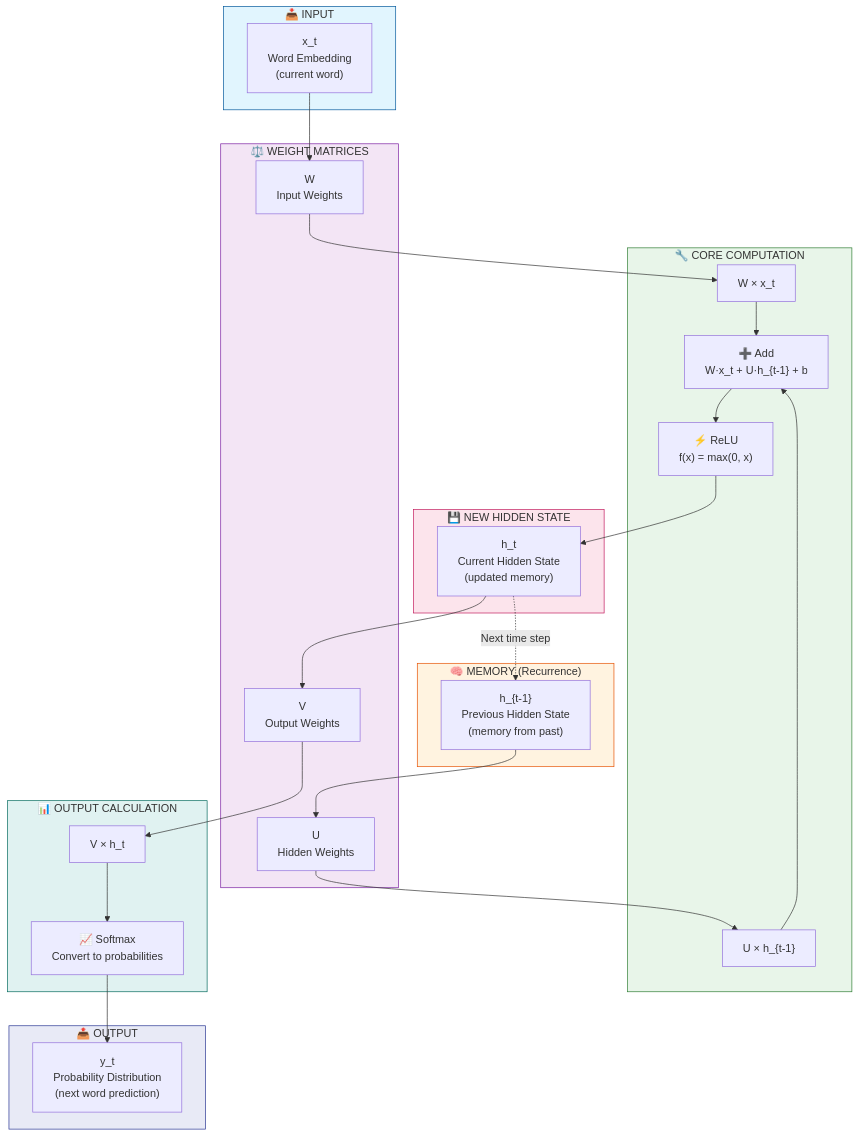
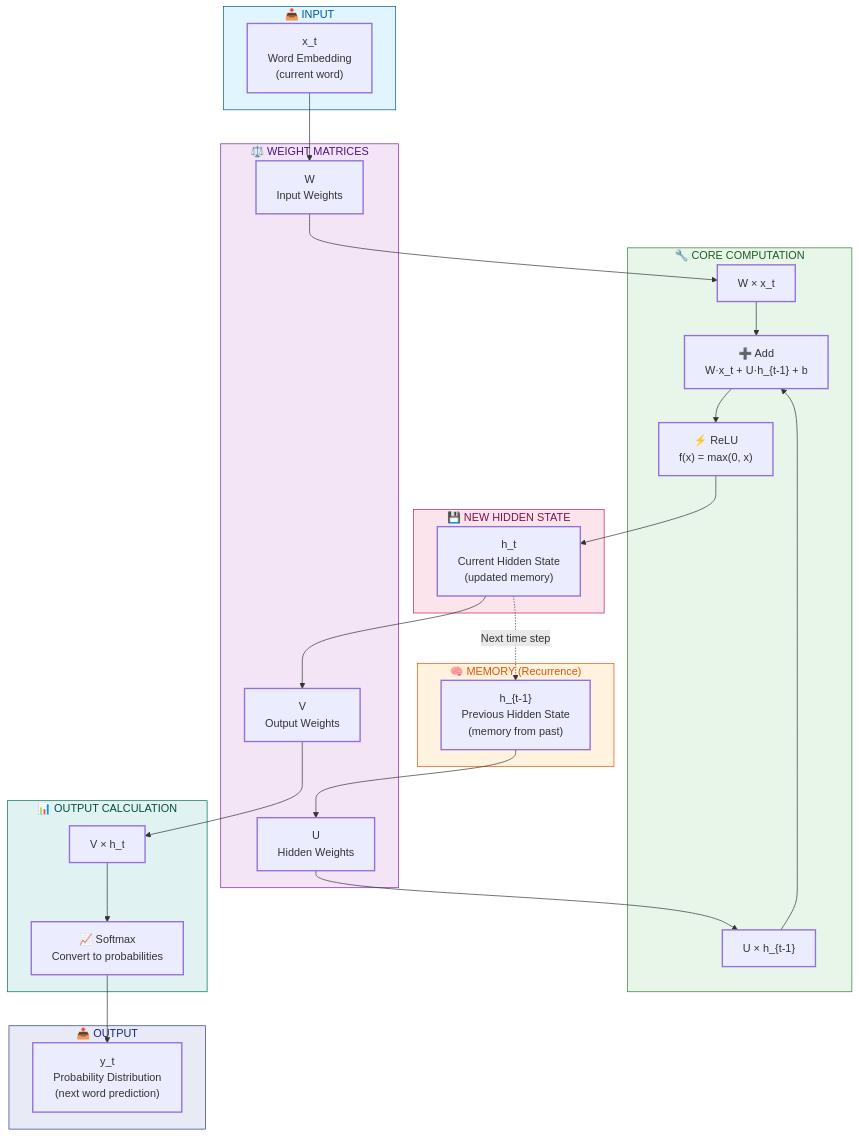
Before and after one commit to shahzeb5136/Cpp_RNN_Theory_Practice: the diagram in README.md, drawn with Mermaid.

````diff
--- a/README.md
+++ b/README.md
@@ -14,67 +14,70 @@
 ```mermaid
 flowchart TB
     subgraph INPUT["📥 INPUT"]
         xt["x_t<br/>Word Embedding<br/>(current word)"]
     end
 
     subgraph MEMORY["🧠 MEMORY (Recurrence)"]
         ht_prev["h_{t-1}<br/>Previous Hidden State<br/>(memory from past)"]
     end
 
     subgraph WEIGHTS["⚖️ WEIGHT MATRICES"]
         W["W<br/>Input Weights"]
         U["U<br/>Hidden Weights"]
         V["V<br/>Output Weights"]
     end
 
     subgraph COMPUTATION["🔧 CORE COMPUTATION"]
         Wx["W × x_t"]
         Uh["U × h_{t-1}"]
         sum["➕ Add<br/>W·x_t + U·h_{t-1} + b"]
         relu["⚡ ReLU<br/>f(x) = max(0, x)"]
     end
 
     subgraph HIDDEN["💾 NEW HIDDEN STATE"]
         ht["h_t<br/>Current Hidden State<br/>(updated memory)"]
     end
 
     subgraph OUTPUT_CALC["📊 OUTPUT CALCULATION"]
         Vh["V × h_t"]
         softmax["📈 Softmax<br/>Convert to probabilities"]
     end
 
     subgraph OUTPUT["📤 OUTPUT"]
         yt["y_t<br/>Probability Distribution<br/>(next word prediction)"]
     end
 
     %% Input flows
     xt --> W
     W --> Wx
     
     ht_prev --> U
     U --> Uh
     
     %% Computation flow
     Wx --> sum
     Uh --> sum
     sum --> relu
     relu --> ht
     
     %% Output flow
     ht --> V
     V --> Vh
     Vh --> softmax
     softmax --> yt
     
     %% Recurrence loop
     ht -.->|"Next time step"| ht_prev
 
-    %% Styling
-    style INPUT fill:#e1f5fe,stroke:#01579b
-    style MEMORY fill:#fff3e0,stroke:#e65100
-    style WEIGHTS fill:#f3e5f5,stroke:#7b1fa2
-    style COMPUTATION fill:#e8f5e9,stroke:#2e7d32
-    style HIDDEN fill:#fce4ec,stroke:#c2185b
-    style OUTPUT_CALC fill:#e0f2f1,stroke:#00695c
-    style OUTPUT fill:#e8eaf6,stroke:#283593
+    %% Styling with explicit dark text color for visibility
+    style INPUT fill:#e1f5fe,stroke:#01579b,color:#01579b
+    style MEMORY fill:#fff3e0,stroke:#e65100,color:#e65100
+    style WEIGHTS fill:#f3e5f5,stroke:#7b1fa2,color:#4a148c
+    style COMPUTATION fill:#e8f5e9,stroke:#2e7d32,color:#1b5e20
+    style HIDDEN fill:#fce4ec,stroke:#c2185b,color:#880e4f
+    style OUTPUT_CALC fill:#e0f2f1,stroke:#00695c,color:#004d40
+    style OUTPUT fill:#e8eaf6,stroke:#283593,color:#1a237e
+
+    %% Global Node Text Color
+    classDef default color:#333,stroke-width:2px;
 ```
````
